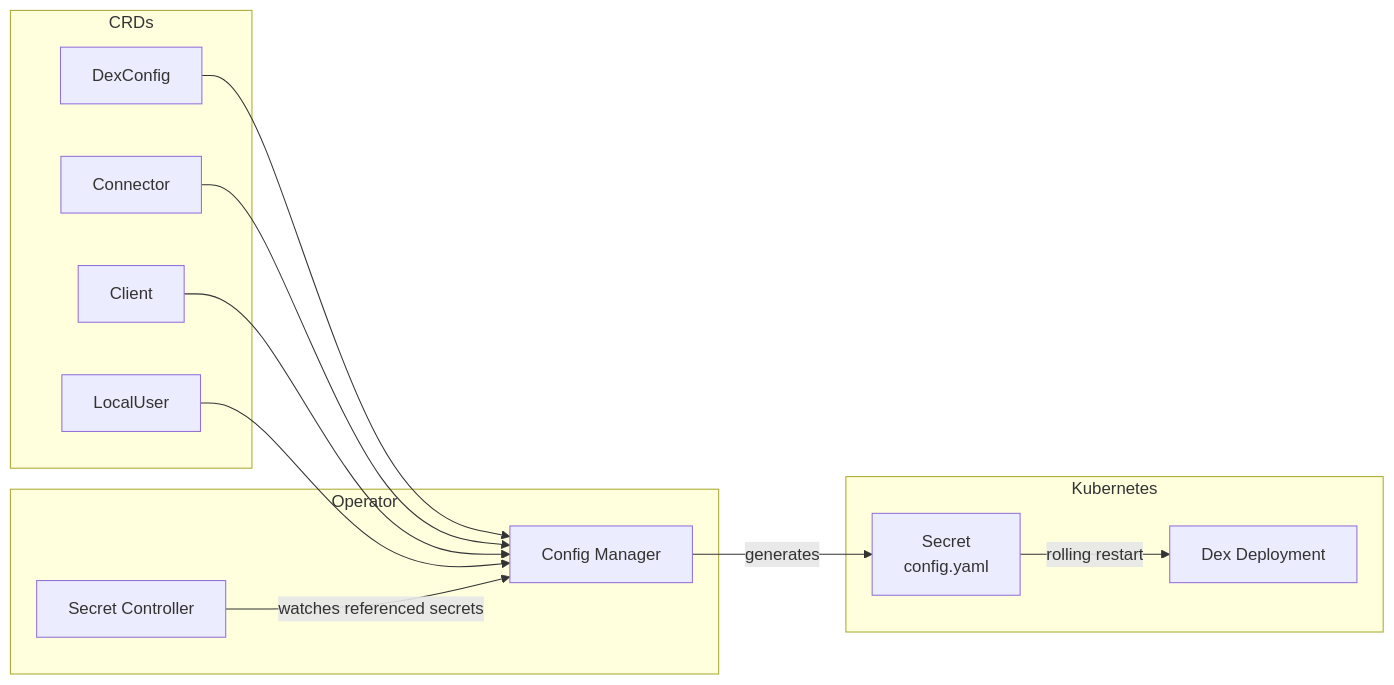
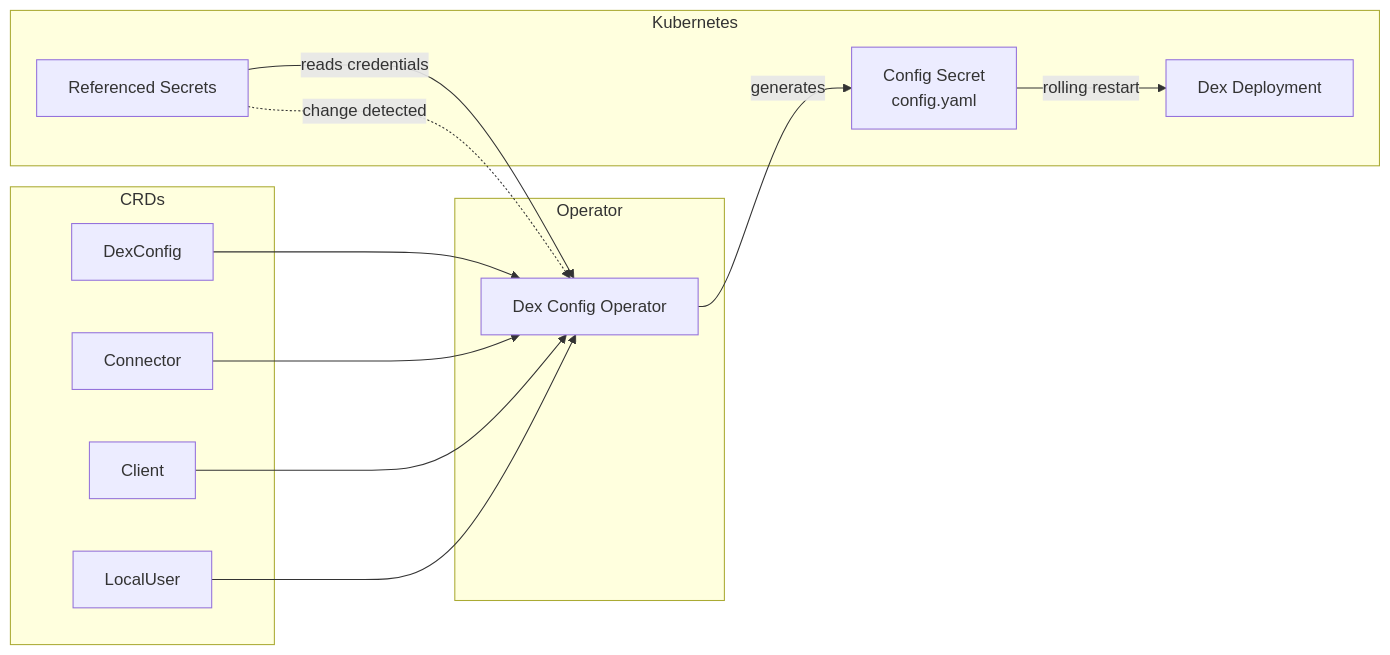
Before and after one commit to stakater/dco-docs: the diagram in content/architecture/architecture.md, drawn with Mermaid. The commit also changed other lines of this file and 1 other file, not shown here.

````diff
--- a/content/architecture/architecture.md
+++ b/content/architecture/architecture.md
@@ -7,27 +7,28 @@
 ```mermaid
 flowchart LR
     subgraph CRDs
         DC[DexConfig]
         CO[Connector]
         CL[Client]
         LU[LocalUser]
     end
 
     subgraph Operator
-        CM[Config Manager]
-        SC[Secret Controller]
+        OP[Dex Config Operator]
     end
 
     subgraph Kubernetes
-        S[Secret\nconfig.yaml]
+        RS[Referenced Secrets]
+        CS[Config Secret\nconfig.yaml]
         D[Dex Deployment]
     end
 
-    DC --> CM
-    CO --> CM
-    CL --> CM
-    LU --> CM
-    CM -->|generates| S
-    S -->|rolling restart| D
-    SC -->|watches referenced secrets| CM
+    DC --> OP
+    CO --> OP
+    CL --> OP
+    LU --> OP
+    RS -->|reads credentials| OP
+    OP -->|generates| CS
+    CS -->|rolling restart| D
+    RS -.->|change detected| OP
 ```
````
